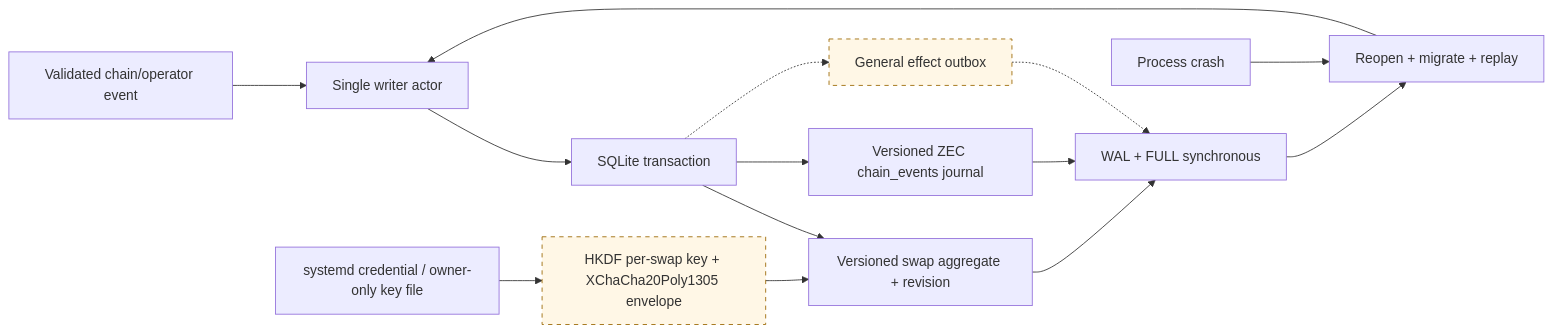
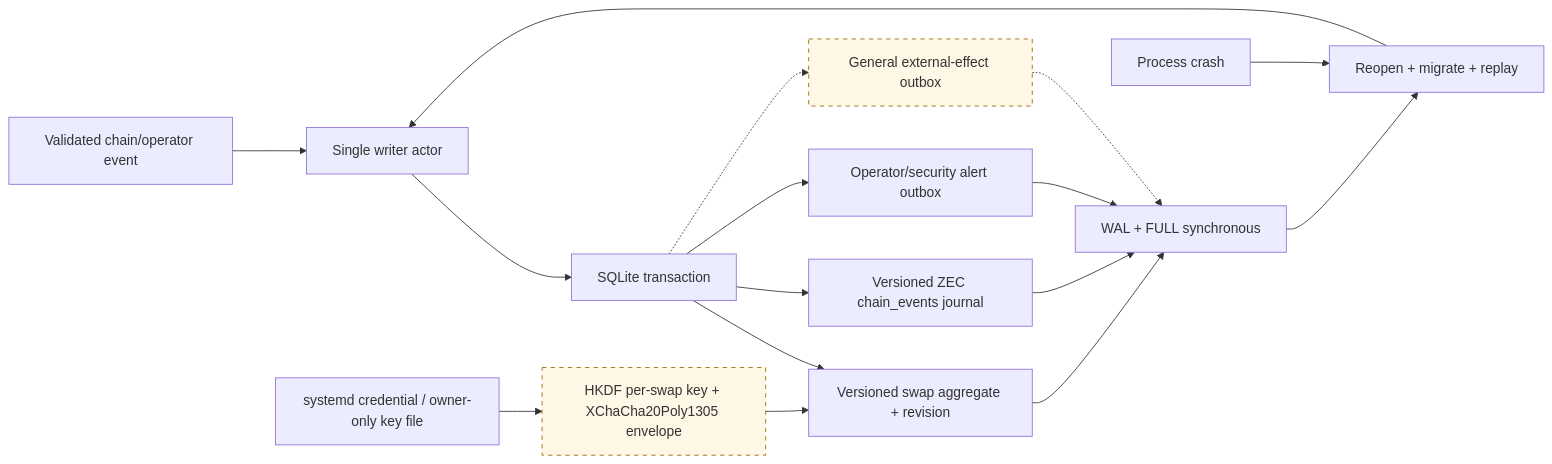
The diagram in docs/architecture/0003-sqlite-persistence.md (gateway-fm/lez-atomic-swaps), drawn with Mermaid before and after one commit. The commit also changed other lines of this file and 11 other files, not shown here.

Commit message:
feat: persist Zcash operator alerts atomically

````diff
--- a/docs/architecture/0003-sqlite-persistence.md
+++ b/docs/architecture/0003-sqlite-persistence.md
@@ -5,19 +6,21 @@
 ```mermaid
 flowchart LR
     Event["Validated chain/operator event"] --> Actor["Single writer actor"]
     Actor --> Tx["SQLite transaction"]
     Tx --> Aggregate["Versioned swap aggregate + revision"]
     Tx --> Events["Versioned ZEC chain_events journal"]
-    Tx -.-> Outbox["General effect outbox"]
+    Tx --> Alerts["Operator/security alert outbox"]
+    Tx -.-> Outbox["General external-effect outbox"]
     Credential["systemd credential / owner-only key file"] --> Envelope["HKDF per-swap key + XChaCha20Poly1305 envelope"]
     Envelope --> Aggregate
     Aggregate --> WAL["WAL + FULL synchronous"]
     Events --> WAL
+    Alerts --> WAL
     Outbox -.-> WAL
     Crash["Process crash"] --> Reopen["Reopen + migrate + replay"]
     WAL --> Reopen
     Reopen --> Actor
 
     classDef pending stroke-dasharray: 5 5,fill:#fff7e6,stroke:#9a6700;
     class Outbox,Envelope pending;
 ```
````
